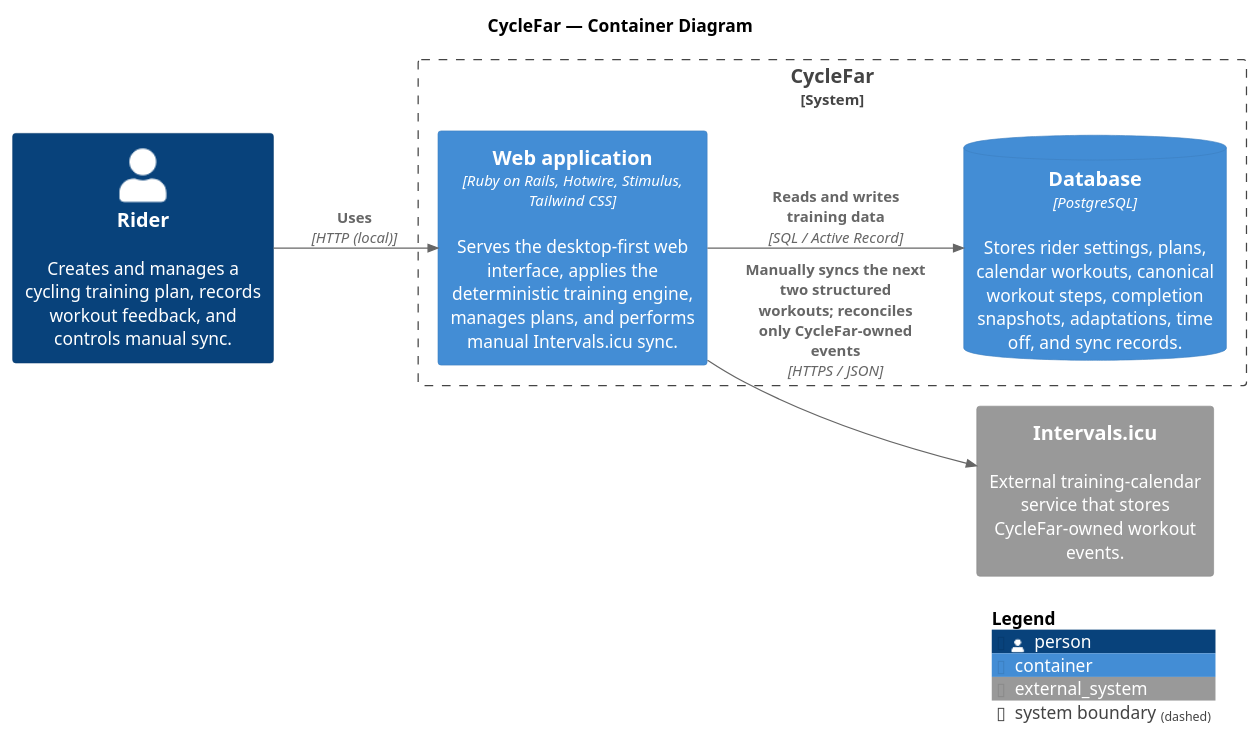
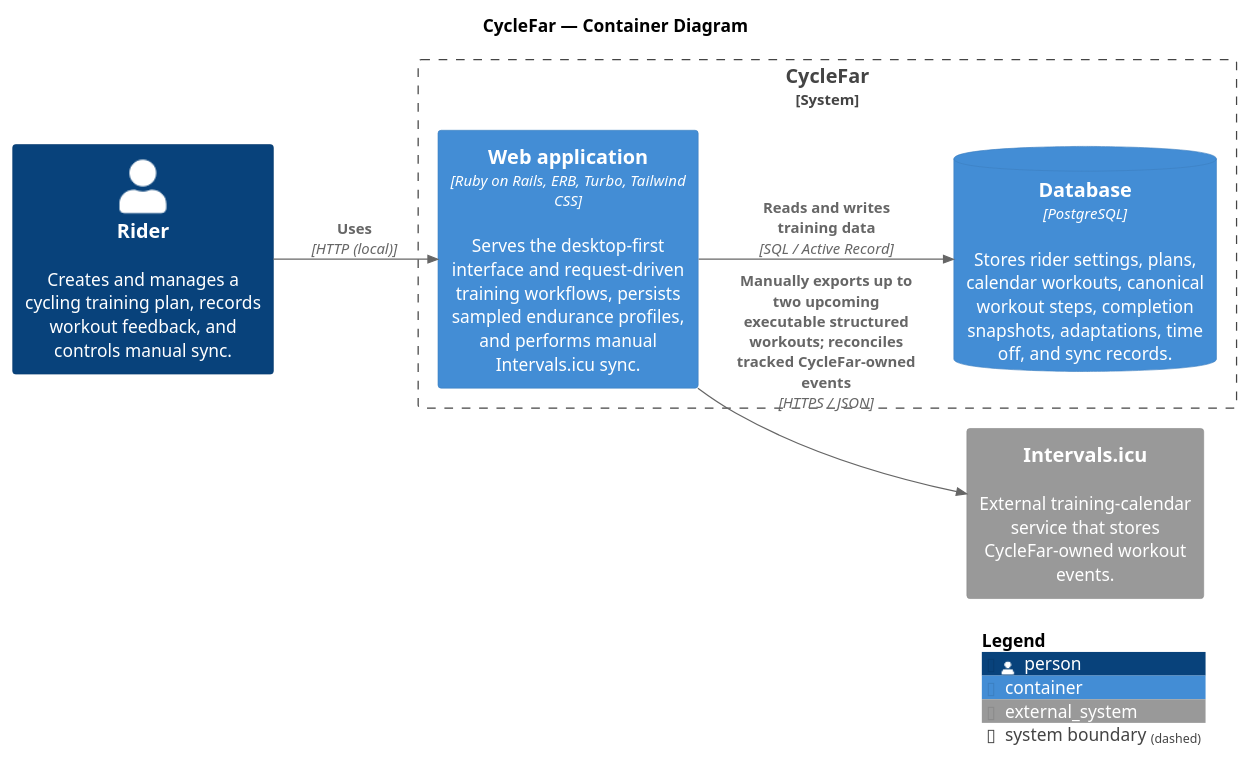
The diagram in docs/diagrams/cyclefar-container.puml (richardhartme/cyclefar), drawn with PlantUML before and after one commit. The commit also changed 8 other files, not shown here.

Commit message:
Align C4 diagrams with current implementation

```diff
--- a/docs/diagrams/cyclefar-container.puml
+++ b/docs/diagrams/cyclefar-container.puml
@@ -1,22 +1,23 @@
 @startuml CycleFar Container Diagram
+' Reviewed against application source on 2026-09-25; scope and limitations: README.md
 !include https://raw.githubusercontent.com/plantuml-stdlib/C4-PlantUML/master/C4_Container.puml
 
 title CycleFar — Container Diagram
 
 LAYOUT_LEFT_RIGHT()
 
 Person(rider, "Rider", "Creates and manages a cycling training plan, records workout feedback, and controls manual sync.")
 
 System_Boundary(cyclefar_boundary, "CycleFar") {
-  Container(web_application, "Web application", "Ruby on Rails, Hotwire, Stimulus, Tailwind CSS", "Serves the desktop-first web interface, applies the deterministic training engine, manages plans, and performs manual Intervals.icu sync.")
+  Container(web_application, "Web application", "Ruby on Rails, ERB, Turbo, Tailwind CSS", "Serves the desktop-first interface and request-driven training workflows, persists sampled endurance profiles, and performs manual Intervals.icu sync.")
   ContainerDb(database, "Database", "PostgreSQL", "Stores rider settings, plans, calendar workouts, canonical workout steps, completion snapshots, adaptations, time off, and sync records.")
 }
 
 System_Ext(intervals_icu, "Intervals.icu", "External training-calendar service that stores CycleFar-owned workout events.")
 
 Rel(rider, web_application, "Uses", "HTTP (local)")
 Rel(web_application, database, "Reads and writes training data", "SQL / Active Record")
-Rel(web_application, intervals_icu, "Manually syncs the next two structured workouts; reconciles only CycleFar-owned events", "HTTPS / JSON")
+Rel(web_application, intervals_icu, "Manually exports up to two upcoming executable structured workouts; reconciles tracked CycleFar-owned events", "HTTPS / JSON")
 
 SHOW_LEGEND()
 @enduml
```
